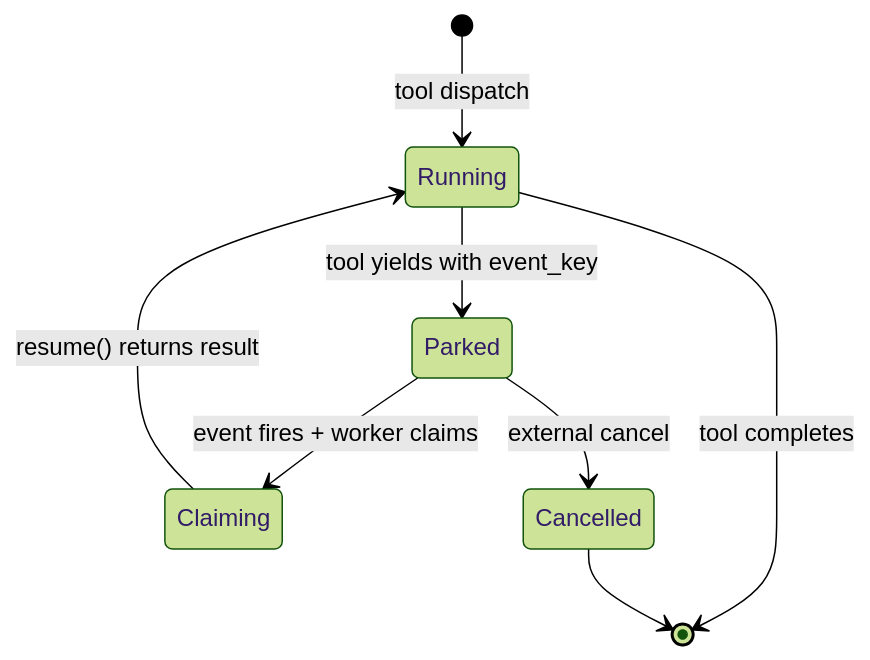
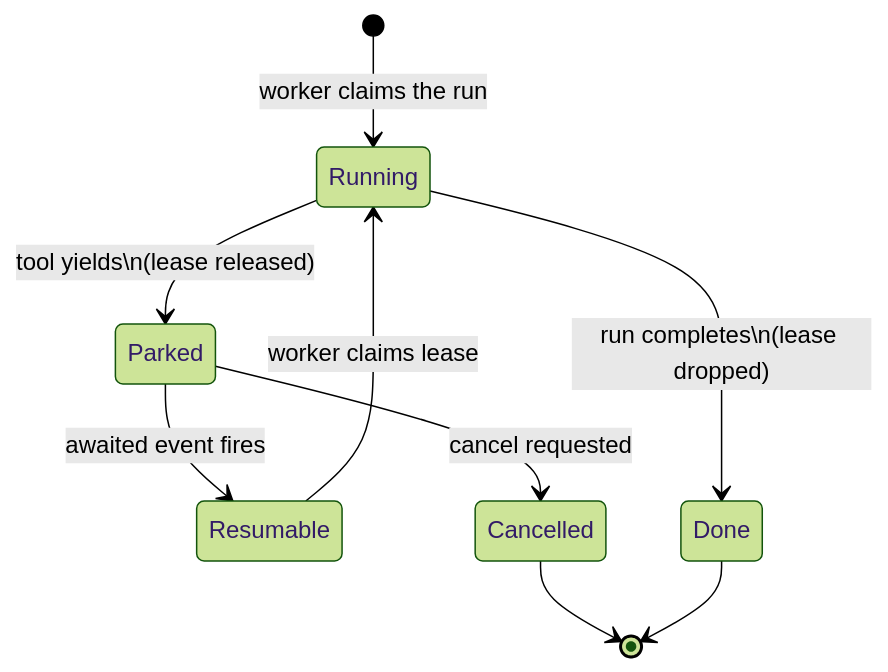
The diagram in primer/user_docs/concepts/yielding-and-claims.md (primerhq/primer), drawn with Mermaid (forest theme) before and after one commit. The commit also changed other lines of this file and 11 other files, not shown here.

Commit message:
docs(concepts+features): finish concepts; console task-guides for agents/sessions/chats/workspaces/graphs/knowledge (mockup->embed)

````diff
--- a/primer/user_docs/concepts/yielding-and-claims.md
+++ b/primer/user_docs/concepts/yielding-and-claims.md
@@ -31,10 +71,11 @@
 ```mermaid
 stateDiagram-v2
-  [*] --> Running: tool dispatch
-  Running --> Parked: tool yields with event_key
-  Parked --> Claiming: event fires + worker claims
-  Claiming --> Running: resume() returns result
-  Running --> [*]: tool completes
-  Parked --> Cancelled: external cancel
-  Cancelled --> [*]
+    [*] --> Running : worker claims the run
+    Running --> Parked : tool yields\n(lease released)
+    Parked --> Resumable : awaited event fires
+    Resumable --> Running : worker claims lease
+    Running --> Done : run completes\n(lease dropped)
+    Parked --> Cancelled : cancel requested
+    Cancelled --> [*]
+    Done --> [*]
 ```
````
